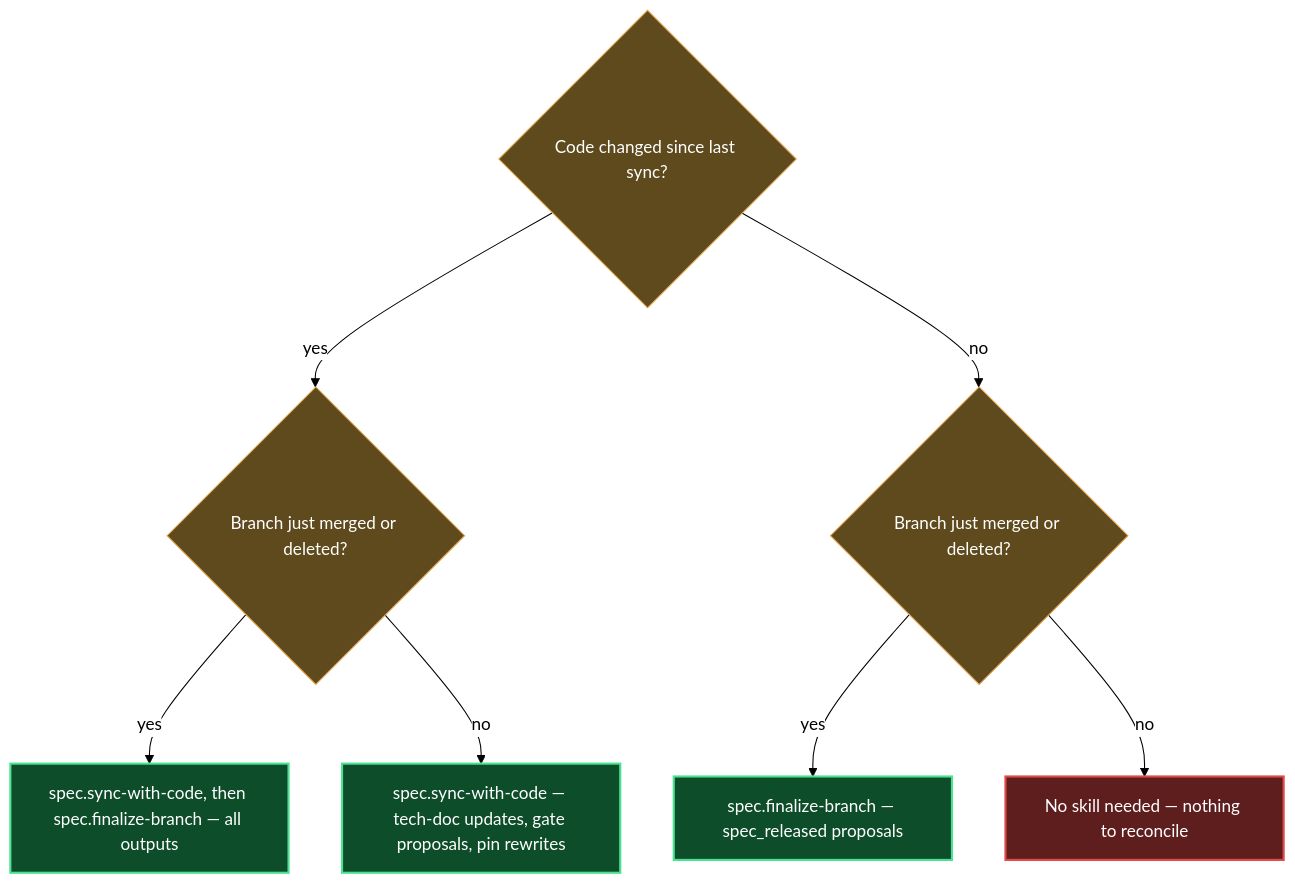
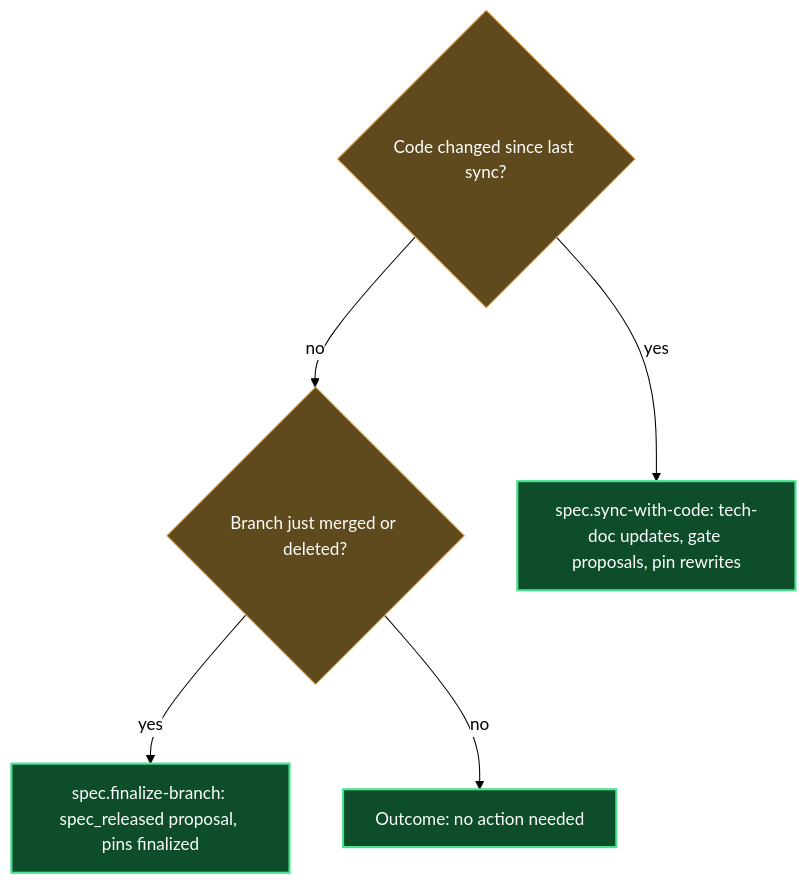
Before and after one commit to mebius-san/lazy-cortex: the diagram in claude/lazycortex-specs/help/code-sync.md, drawn with Mermaid. The commit also changed other lines of this file and 16 other files, not shown here.

````diff
--- a/claude/lazycortex-specs/help/code-sync.md
+++ b/claude/lazycortex-specs/help/code-sync.md
@@ -48,30 +48,24 @@
 ```mermaid
 %%{init: {'themeVariables':{'lineColor':'#000','textColor':'#000','edgeLabelBackground':'#fff'},'themeCSS':'.edgeLabel{background-color:transparent!important}.edgeLabel p{background-color:transparent!important}','flowchart':{'diagramPadding':5,'useMaxWidth':true}}}%%
 flowchart TD
-  codeChanged{Code changed since last sync?}
-  branchMergedOnly{Branch just merged or deleted?}
-  branchMerged{Branch just merged or deleted?}
-  runSync[spec.sync-with-code — tech-doc updates, gate proposals, pin rewrites]
-  runFinalize[spec.finalize-branch — spec_released proposals]
-  runBoth[spec.sync-with-code, then spec.finalize-branch — all outputs]
-  doNothing[No skill needed — nothing to reconcile]
+  codeChangedSinceLastSync{Code changed since last sync?}
+  branchMergedOrDeleted{Branch just merged or deleted?}
 
-  codeChanged -->|yes| branchMerged
-  codeChanged -->|no| branchMergedOnly
-  branchMergedOnly -->|yes| runFinalize
-  branchMergedOnly -->|no| doNothing
-  branchMerged -->|yes| runBoth
-  branchMerged -->|no| runSync
+  runSyncWithCode[spec.sync-with-code: tech-doc updates, gate proposals, pin rewrites]
+  runFinalizeBranch[spec.finalize-branch: spec_released proposal, pins finalized]
+  noActionNeeded[Outcome: no action needed]
+
+  codeChangedSinceLastSync -->|yes| runSyncWithCode
+  codeChangedSinceLastSync -->|no| branchMergedOrDeleted
+  branchMergedOrDeleted -->|yes| runFinalizeBranch
+  branchMergedOrDeleted -->|no| noActionNeeded
 
   classDef guard fill:#5f4a1e,stroke:#e2a14a,color:#fff
   classDef success fill:#0d4d2a,stroke:#4ae290,color:#fff,stroke-width:2px
-  classDef error fill:#5f1e1e,stroke:#e24a4a,color:#fff,stroke-width:2px
 
-  class codeChanged guard
-  class branchMerged guard
-  class branchMergedOnly guard
-  class runBoth success
-  class runSync success
-  class runFinalize success
-  class doNothing error
+  class codeChangedSinceLastSync guard
+  class branchMergedOrDeleted guard
+  class runSyncWithCode success
+  class runFinalizeBranch success
+  class noActionNeeded success
 ```
````
